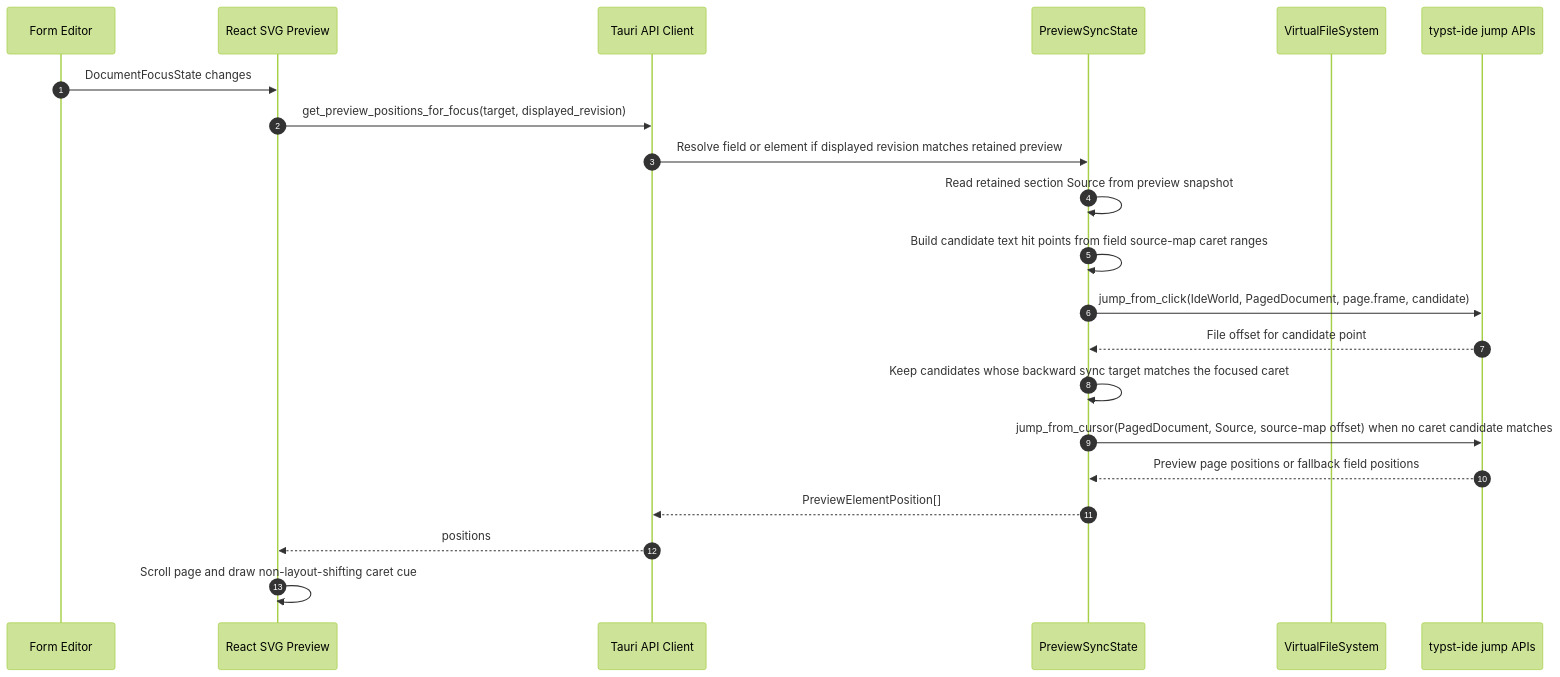
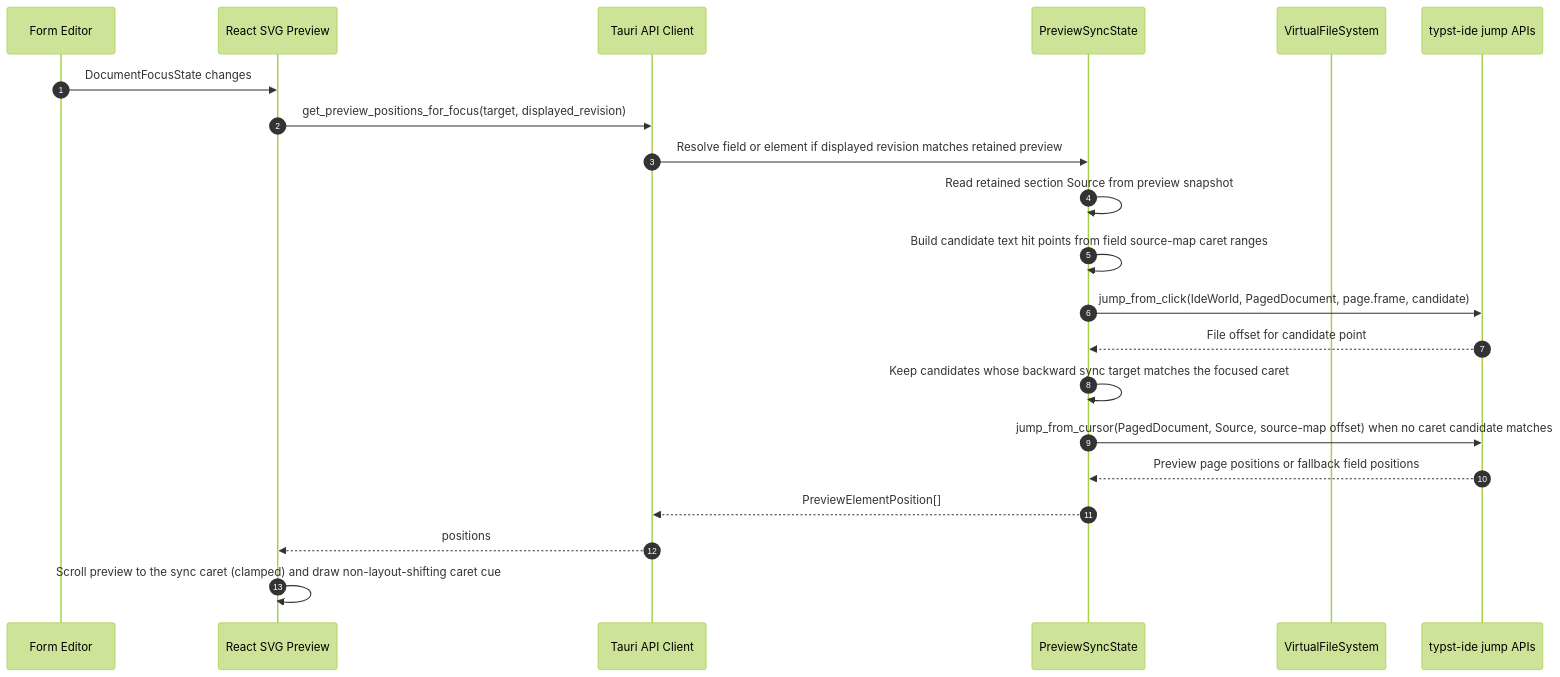
Diagram 11 of 11 in context/sequence-diagrams.md (andmoreduro/ergo), drawn with Mermaid (forest theme) before and after one commit. The commit also changed other lines of this file and 47 other files, not shown here.

First line of the commit message:
Improve canvas preview zoom, sync, and render performance.

````diff
--- a/context/sequence-diagrams.md
+++ b/context/sequence-diagrams.md
@@ -352,25 +352,25 @@
 ```mermaid
 sequenceDiagram
     autonumber
 
     participant Editor as Form Editor
     participant Preview as React SVG Preview
     participant API as Tauri API Client
     participant Sync as PreviewSyncState
     participant VFS as VirtualFileSystem
     participant TypstIDE as typst-ide jump APIs
 
     Editor->>Preview: DocumentFocusState changes
     Preview->>API: get_preview_positions_for_focus(target, displayed_revision)
     API->>Sync: Resolve field or element if displayed revision matches retained preview
     Sync->>Sync: Read retained section Source from preview snapshot
     Sync->>Sync: Build candidate text hit points from field source-map caret ranges
     Sync->>TypstIDE: jump_from_click(IdeWorld, PagedDocument, page.frame, candidate)
     TypstIDE-->>Sync: File offset for candidate point
     Sync->>Sync: Keep candidates whose backward sync target matches the focused caret
     Sync->>TypstIDE: jump_from_cursor(PagedDocument, Source, source-map offset) when no caret candidate matches
     TypstIDE-->>Sync: Preview page positions or fallback field positions
     Sync-->>API: PreviewElementPosition[]
     API-->>Preview: positions
-    Preview->>Preview: Scroll page and draw non-layout-shifting caret cue
+    Preview->>Preview: Scroll preview to the sync caret (clamped) and draw non-layout-shifting caret cue
 ```
````
